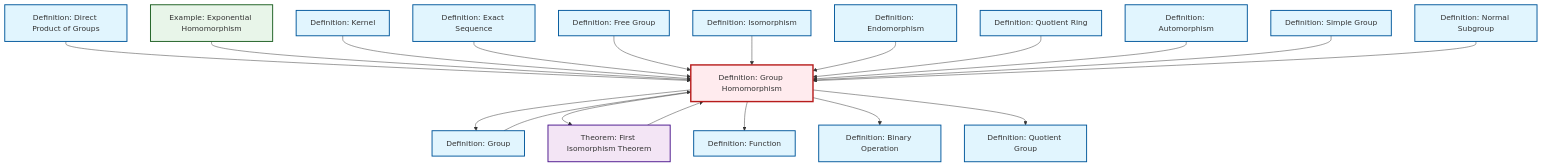
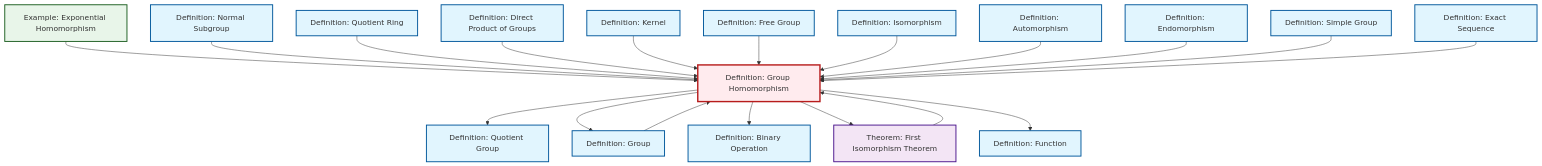
The diagram in content/en/algebra/def-homomorphism.qmd (RK0429/ModernMath), drawn with Mermaid before and after one commit. The commit also changed other lines of this file and 672 other files, not shown here.

````diff
--- a/content/en/algebra/def-homomorphism.qmd
+++ b/content/en/algebra/def-homomorphism.qmd
@@ -62,61 +62,61 @@
 ```{mermaid}
 %%| fig-cap: "Local dependency graph"
 graph TD
     classDef definition fill:#e1f5fe,stroke:#01579b,stroke-width:2px
     classDef theorem fill:#f3e5f5,stroke:#4a148c,stroke-width:2px
     classDef axiom fill:#fff3e0,stroke:#e65100,stroke-width:2px
     classDef example fill:#e8f5e9,stroke:#1b5e20,stroke-width:2px
     classDef current fill:#ffebee,stroke:#b71c1c,stroke-width:3px
+    def-normal-subgroup["Definition: Normal Subgroup"]:::definition
+    def-quotient-group["Definition: Quotient Group"]:::definition
+    def-binary-operation["Definition: Binary Operation"]:::definition
+    def-exact-sequence["Definition: Exact Sequence"]:::definition
+    def-direct-product["Definition: Direct Product of Groups"]:::definition
+    def-isomorphism["Definition: Isomorphism"]:::definition
+    def-function["Definition: Function"]:::definition
+    def-automorphism["Definition: Automorphism"]:::definition
     def-endomorphism["Definition: Endomorphism"]:::definition
+    thm-first-isomorphism["Theorem: First Isomorphism Theorem"]:::theorem
+    ex-exponential-homomorphism["Example: Exponential Homomorphism"]:::example
+    def-homomorphism["Definition: Group Homomorphism"]:::definition
+    def-free-group["Definition: Free Group"]:::definition
+    def-group["Definition: Group"]:::definition
+    def-quotient-ring["Definition: Quotient Ring"]:::definition
     def-simple-group["Definition: Simple Group"]:::definition
-    def-exact-sequence["Definition: Exact Sequence"]:::definition
     def-kernel["Definition: Kernel"]:::definition
-    ex-exponential-homomorphism["Example: Exponential Homomorphism"]:::example
-    def-automorphism["Definition: Automorphism"]:::definition
-    def-isomorphism["Definition: Isomorphism"]:::definition
-    def-binary-operation["Definition: Binary Operation"]:::definition
-    def-free-group["Definition: Free Group"]:::definition
-    def-quotient-ring["Definition: Quotient Ring"]:::definition
-    def-normal-subgroup["Definition: Normal Subgroup"]:::definition
-    def-function["Definition: Function"]:::definition
-    def-homomorphism["Definition: Group Homomorphism"]:::definition
-    def-quotient-group["Definition: Quotient Group"]:::definition
-    def-direct-product["Definition: Direct Product of Groups"]:::definition
-    thm-first-isomorphism["Theorem: First Isomorphism Theorem"]:::theorem
-    def-group["Definition: Group"]:::definition
+    thm-first-isomorphism --> def-homomorphism
+    ex-exponential-homomorphism --> def-homomorphism
+    def-normal-subgroup --> def-homomorphism
+    def-quotient-ring --> def-homomorphism
+    def-homomorphism --> def-quotient-group
     def-homomorphism --> def-group
     def-direct-product --> def-homomorphism
-    ex-exponential-homomorphism --> def-homomorphism
     def-kernel --> def-homomorphism
+    def-homomorphism --> def-binary-operation
+    def-free-group --> def-homomorphism
+    def-isomorphism --> def-homomorphism
+    def-automorphism --> def-homomorphism
     def-homomorphism --> thm-first-isomorphism
+    def-endomorphism --> def-homomorphism
+    def-group --> def-homomorphism
     def-homomorphism --> def-function
-    def-homomorphism --> def-binary-operation
+    def-simple-group --> def-homomorphism
     def-exact-sequence --> def-homomorphism
-    def-group --> def-homomorphism
-    def-free-group --> def-homomorphism
-    thm-first-isomorphism --> def-homomorphism
-    def-isomorphism --> def-homomorphism
-    def-endomorphism --> def-homomorphism
-    def-quotient-ring --> def-homomorphism
-    def-homomorphism --> def-quotient-group
-    def-automorphism --> def-homomorphism
-    def-simple-group --> def-homomorphism
-    def-normal-subgroup --> def-homomorphism
     class def-homomorphism current
+    click def-normal-subgroup "def-normal-subgroup.html" "Go to Normal Subgroup definition"
+    click def-quotient-group "def-quotient-group.html" "Go to Quotient Group definition"
+    click def-binary-operation "def-binary-operation.html" "Go to Binary Operation definition"
+    click def-exact-sequence "def-exact-sequence.html" "Go to Exact Sequence definition"
+    click def-direct-product "def-direct-product.html" "Go to Direct Product of Groups definition"
+    click def-isomorphism "def-isomorphism.html" "Go to Isomorphism definition"
+    click def-function "def-function.html" "Go to Function definition"
+    click def-automorphism "def-automorphism.html" "Go to Automorphism definition"
     click def-endomorphism "def-endomorphism.html" "Go to Endomorphism definition"
+    click thm-first-isomorphism "thm-first-isomorphism.html" "Go to First Isomorphism Theorem theorem"
+    click ex-exponential-homomorphism "ex-exponential-homomorphism.html" "Go to Exponential Homomorphism example"
+    click def-free-group "def-free-group.html" "Go to Free Group definition"
+    click def-group "def-group.html" "Go to Group definition"
+    click def-quotient-ring "def-quotient-ring.html" "Go to Quotient Ring definition"
     click def-simple-group "def-simple-group.html" "Go to Simple Group definition"
-    click def-exact-sequence "def-exact-sequence.html" "Go to Exact Sequence definition"
     click def-kernel "def-kernel.html" "Go to Kernel definition"
-    click ex-exponential-homomorphism "ex-exponential-homomorphism.html" "Go to Exponential Homomorphism example"
-    click def-automorphism "def-automorphism.html" "Go to Automorphism definition"
-    click def-isomorphism "def-isomorphism.html" "Go to Isomorphism definition"
-    click def-binary-operation "def-binary-operation.html" "Go to Binary Operation definition"
-    click def-free-group "def-free-group.html" "Go to Free Group definition"
-    click def-quotient-ring "def-quotient-ring.html" "Go to Quotient Ring definition"
-    click def-normal-subgroup "def-normal-subgroup.html" "Go to Normal Subgroup definition"
-    click def-function "def-function.html" "Go to Function definition"
-    click def-quotient-group "def-quotient-group.html" "Go to Quotient Group definition"
-    click def-direct-product "def-direct-product.html" "Go to Direct Product of Groups definition"
-    click thm-first-isomorphism "thm-first-isomorphism.html" "Go to First Isomorphism Theorem theorem"
-    click def-group "def-group.html" "Go to Group definition"
 ```
````
